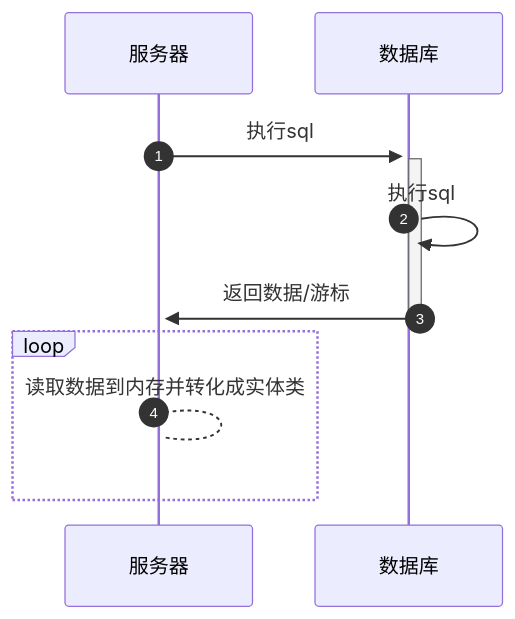
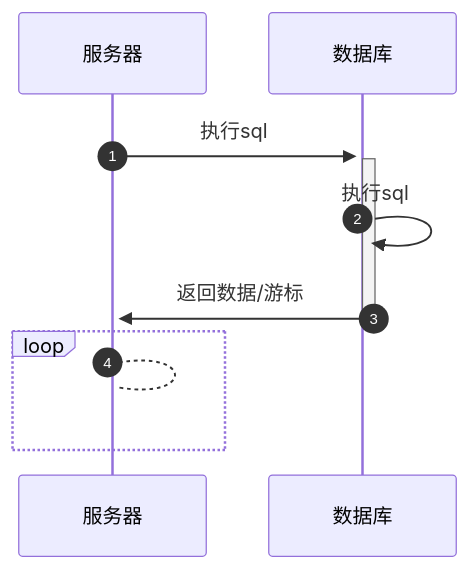
One commit to HY-10-8/iodraw-files changed the diagram in all/AI-服务查询数据.md. Above: the diagram before and after it, drawn with Mermaid.

Commit message:
2025-11-27 17:37:50 update

````diff
--- a/all/AI-服务查询数据.md
+++ b/all/AI-服务查询数据.md
@@ -1,14 +1,14 @@
 ```mermaid
 sequenceDiagram
     autonumber
     服务器->>+数据库: 执行sql
 
     activate 数据库
     数据库->>数据库: 执行sql
     数据库->>+服务器: 返回数据/游标
     deactivate 数据库
-    
+
     loop 
-        服务器-->服务器: 读取数据到内存并转化成实体类
+        服务器-->服务器: 
     end
 ```
````
